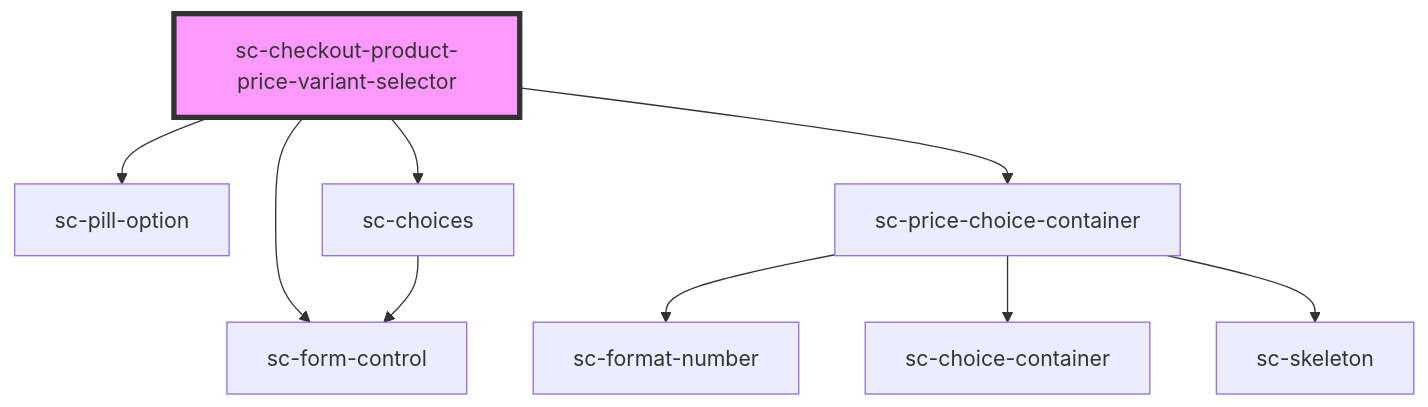
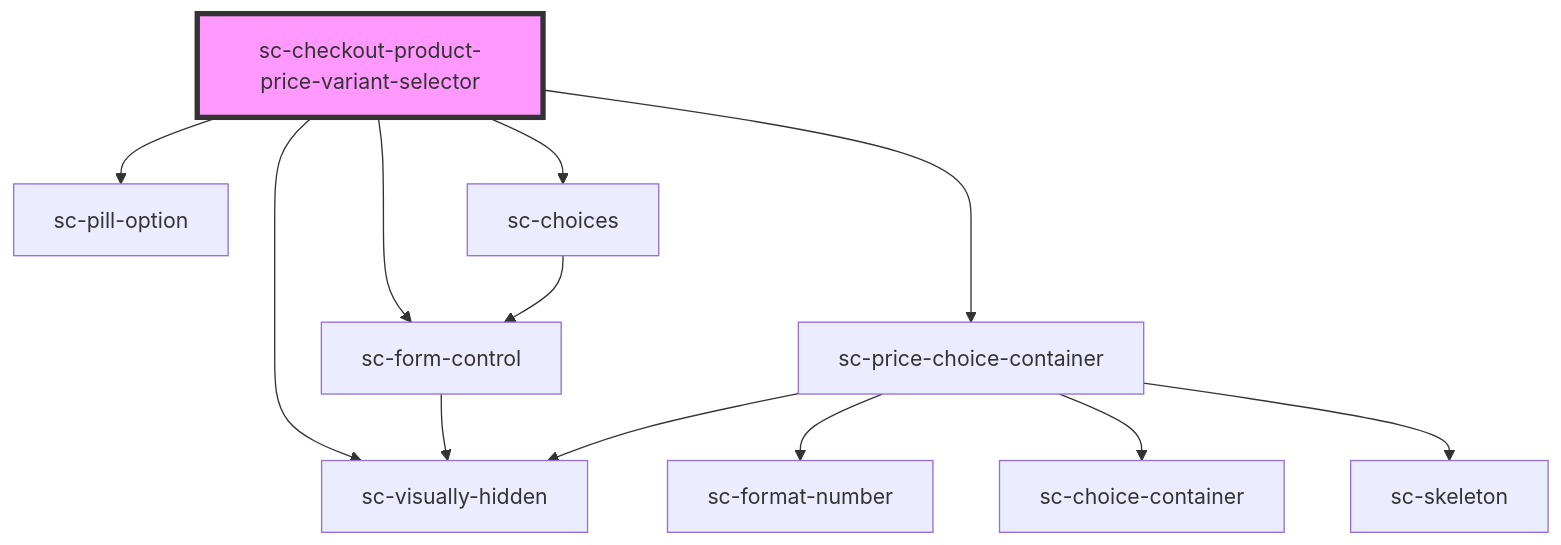
The diagram in packages/components/src/components/controllers/checkout-form/sc-checkout-product-price-variant-selector/readme.md (surecart/surecart-wp-plugin), drawn with Mermaid before and after one commit. The commit also changed other lines of this file and 98 other files, not shown here.

````diff
--- a/packages/components/src/components/controllers/checkout-form/sc-checkout-product-price-variant-selector/readme.md
+++ b/packages/components/src/components/controllers/checkout-form/sc-checkout-product-price-variant-selector/readme.md
@@ -39,12 +40,15 @@
 ```mermaid
 graph TD;
   sc-checkout-product-price-variant-selector --> sc-form-control
   sc-checkout-product-price-variant-selector --> sc-pill-option
+  sc-checkout-product-price-variant-selector --> sc-visually-hidden
   sc-checkout-product-price-variant-selector --> sc-choices
   sc-checkout-product-price-variant-selector --> sc-price-choice-container
+  sc-form-control --> sc-visually-hidden
   sc-choices --> sc-form-control
   sc-price-choice-container --> sc-format-number
   sc-price-choice-container --> sc-choice-container
   sc-price-choice-container --> sc-skeleton
+  sc-price-choice-container --> sc-visually-hidden
   style sc-checkout-product-price-variant-selector fill:#f9f,stroke:#333,stroke-width:4px
 ```
````
